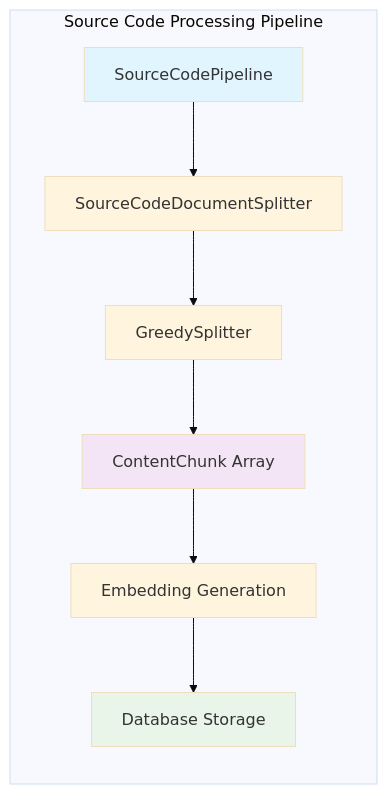
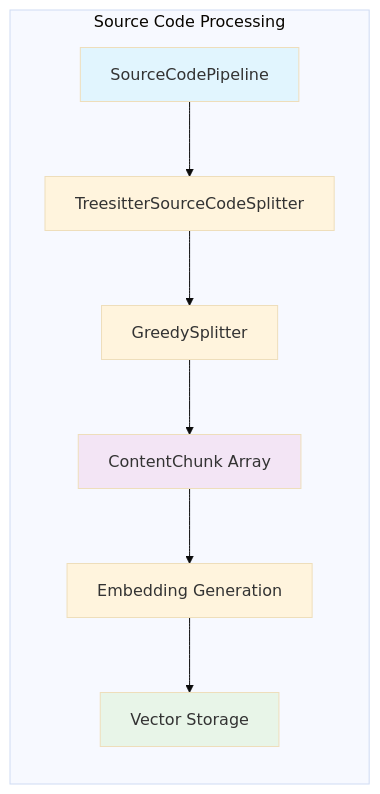
The sixth of 6 diagrams in docs/source-code-splitter.md (arabold/docs-mcp-server), drawn with Mermaid (base theme) before and after one commit. The commit also changed other lines of this file and 2 other files, not shown here.

Commit message:
docs(splitter): enhance Source Code Splitter documentation and clarify chunking strategy

````diff
--- a/docs/source-code-splitter.md
+++ b/docs/source-code-splitter.md
@@ -373,14 +287,14 @@
 ```mermaid
 graph LR
-    subgraph "Source Code Processing Pipeline"
-        A[SourceCodePipeline] --> B[SourceCodeDocumentSplitter]
+    subgraph "Source Code Processing"
+        A[SourceCodePipeline] --> B[TreesitterSourceCodeSplitter]
         B --> C[GreedySplitter]
         C --> D[ContentChunk Array]
         D --> E[Embedding Generation]
-        E --> F[Database Storage]
+        E --> F[Vector Storage]
     end
 
     style A fill:#e1f5fe
     style D fill:#f3e5f5
     style F fill:#e8f5e8
 ```
````
